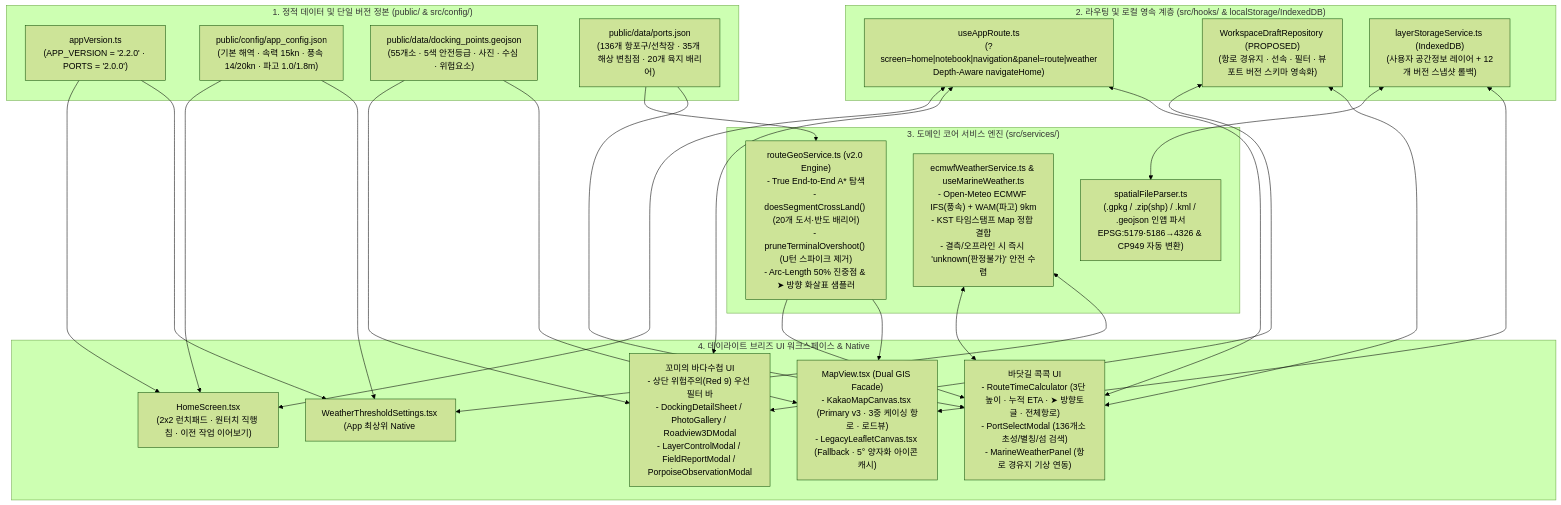
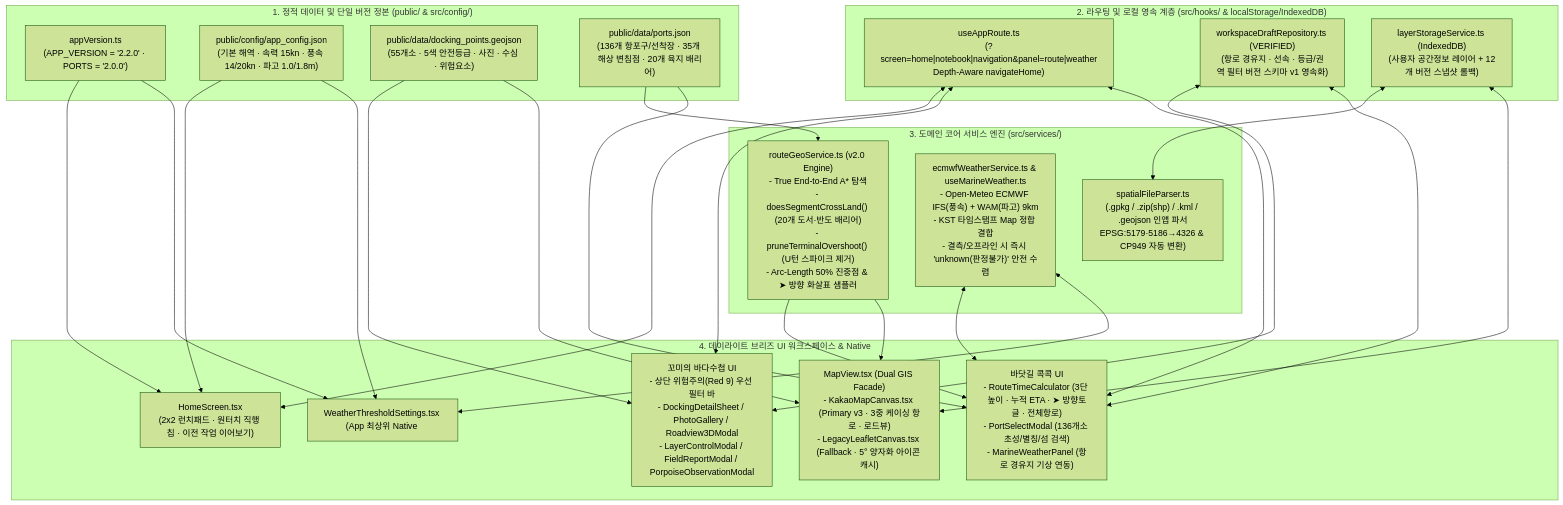
The diagram in docs/ARCHITECTURE_AND_DESIGN.md (gunnysis/bada-kkomkkomi), drawn with Mermaid (forest theme) before and after one commit. The commit also changed other lines of this file and 5 other files, not shown here.

Commit message:
feat(v2.2): implement workspace draft persistence, 3-stage route sheet, GPS error classification, and touch target polish

````diff
--- a/docs/ARCHITECTURE_AND_DESIGN.md
+++ b/docs/ARCHITECTURE_AND_DESIGN.md
@@ -104,38 +104,38 @@
 ```mermaid
 flowchart TD
     subgraph StaticAndConfig["1. 정적 데이터 및 단일 버전 정본 (public/ & src/config/)"]
         VER["appVersion.ts\n(APP_VERSION = '2.2.0' · PORTS = '2.0.0')"]
         CFG["public/config/app_config.json\n(기본 해역 · 속력 15kn · 풍속 14/20kn · 파고 1.0/1.8m)"]
         DOCK["public/data/docking_points.geojson\n(55개소 · 5색 안전등급 · 사진 · 수심 · 위험요소)"]
         PORTS["public/data/ports.json\n(136개 항포구/선착장 · 35개 해상 변침점 · 20개 육지 배리어)"]
     end
 
     subgraph RouterAndDraft["2. 라우팅 및 로컬 영속 계층 (src/hooks/ & localStorage/IndexedDB)"]
         ROUTE_HOOK["useAppRoute.ts\n(?screen=home|notebook|navigation&panel=route|weather\nDepth-Aware navigateHome)"]
-        DRAFT_REPO["WorkspaceDraftRepository (PROPOSED)\n(항로 경유지 · 선속 · 필터 · 뷰포트 버전 스키마 영속화)"]
+        DRAFT_REPO["workspaceDraftRepository.ts (VERIFIED)\n(항로 경유지 · 선속 · 등급/권역 필터 버전 스키마 v1 영속화)"]
         LAYER_STORE["layerStorageService.ts (IndexedDB)\n(사용자 공간정보 레이어 + 12개 버전 스냅샷 롤백)"]
     end
 
     subgraph DomainEngines["3. 도메인 코어 서비스 엔진 (src/services/)"]
         GEO_ENG["routeGeoService.ts (v2.0 Engine)\n- True End-to-End A* 탐색\n- doesSegmentCrossLand() (20개 도서·반도 배리어)\n- pruneTerminalOvershoot() (U턴 스파이크 제거)\n- Arc-Length 50% 진중점 & ➤ 방향 화살표 샘플러"]
         WTH_ENG["ecmwfWeatherService.ts & useMarineWeather.ts\n- Open-Meteo ECMWF IFS(풍속) + WAM(파고) 9km\n- KST 타임스탬프 Map 정합 결합\n- 결측/오프라인 시 즉시 'unknown(판정불가)' 안전 수렴"]
         GIS_PARSER["spatialFileParser.ts\n(.gpkg / .zip(shp) / .kml / .geojson 인앱 파서\nEPSG:5179·5186→4326 & CP949 자동 변환)"]
     end
 
     subgraph UIWorkspaces["4. 데이라이트 브리즈 UI 워크스페이스 & Native <dialog> 모달 (src/components/)"]
         HOME["HomeScreen.tsx\n(2x2 런치패드 · 원터치 직행 칩 · 이전 작업 이어보기)"]
         MAP_VIEW["MapView.tsx (Dual GIS Facade)\n- KakaoMapCanvas.tsx (Primary v3 · 3중 케이싱 항로 · 로드뷰)\n- LegacyLeafletCanvas.tsx (Fallback · 5° 양자화 아이콘 캐시)"]
         NOTEBOOK_UI["꼬미의 바다수첩 UI\n- 상단 위험주의(Red 9) 우선 필터 바\n- DockingDetailSheet / PhotoGallery / Roadview3DModal\n- LayerControlModal / FieldReportModal / PorpoiseObservationModal"]
         NAV_UI["바닷길 콕콕 UI\n- RouteTimeCalculator (3단 높이 · 누적 ETA · ➤ 방향토글 · 전체항로)\n- PortSelectModal (136개소 초성/별칭/섬 검색)\n- MarineWeatherPanel (항로 경유지 기상 연동)"]
         SETTINGS_UI["WeatherThresholdSettings.tsx (App 최상위 Native <dialog>)\n- 풍속·파고 기준치 설정 (역전 방지 · m/s 환산 · 기본값 복원)\n- 3대 핵심 기능 이용 안내 & v2.2.0 버전/상태 확인"]
     end
 
     VER & CFG --> HOME & SETTINGS_UI
     DOCK --> NOTEBOOK_UI & MAP_VIEW
     PORTS --> GEO_ENG & NAV_UI
     ROUTE_HOOK <--> HOME & NOTEBOOK_UI & NAV_UI
     DRAFT_REPO <--> NOTEBOOK_UI & NAV_UI
     LAYER_STORE <--> GIS_PARSER & MAP_VIEW
     GEO_ENG --> NAV_UI & MAP_VIEW
     WTH_ENG <--> NAV_UI & SETTINGS_UI
 ```
````
